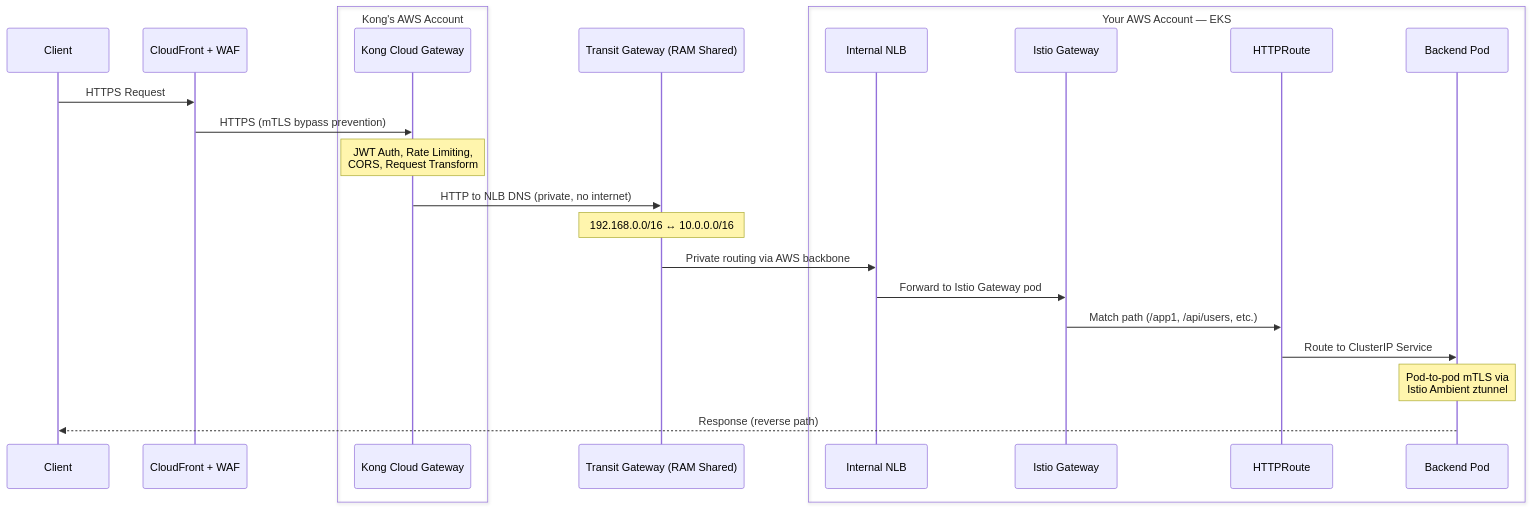
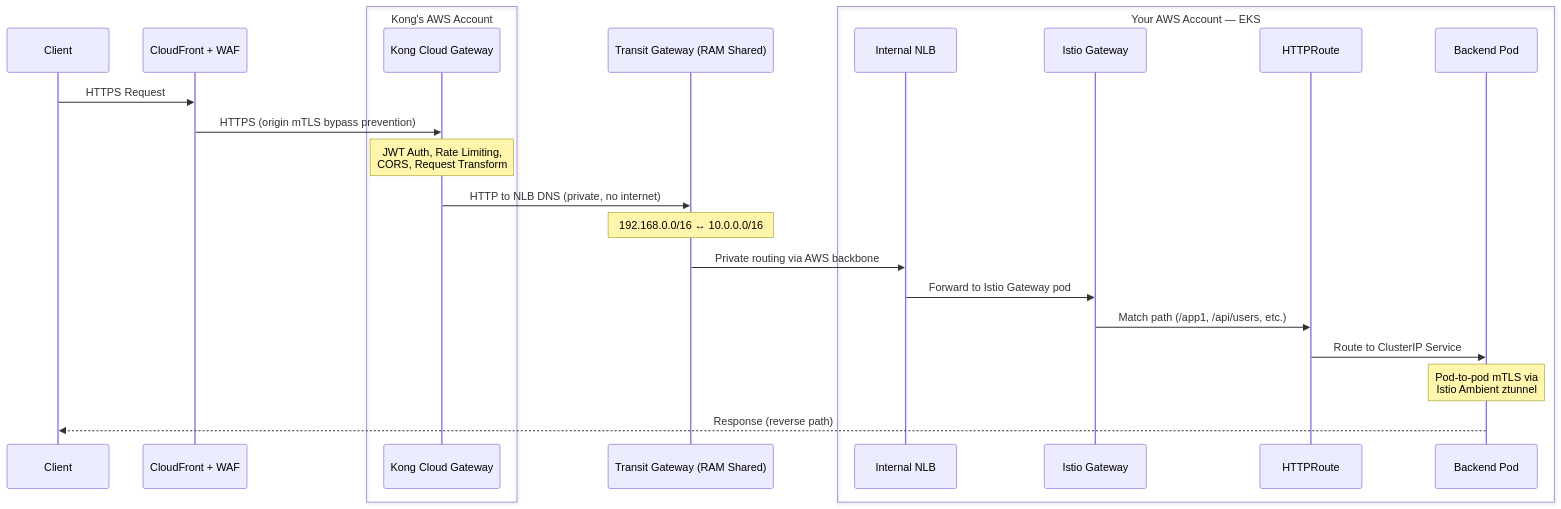
One commit to shanaka-versent/Kong-Konnect-Cloud-Gateway-on-EKS changed the second of 4 diagrams in README.md. Above: the diagram before and after it, drawn with Mermaid. The commit also changed other lines of this file and 1 other file, not shown here.

First line of the commit message:
Consolidate README with correct deployment flow

````diff
--- a/README.md
+++ b/README.md
@@ -72,27 +71,27 @@
 ```mermaid
 sequenceDiagram
     participant C as Client
     participant CF as CloudFront + WAF
     box Kong's AWS Account
         participant K as Kong Cloud Gateway
     end
     participant TGW as Transit Gateway (RAM Shared)
     box Your AWS Account — EKS
         participant NLB as Internal NLB
         participant IG as Istio Gateway
         participant HR as HTTPRoute
         participant P as Backend Pod
     end
 
     C->>CF: HTTPS Request
-    CF->>K: HTTPS (mTLS bypass prevention)
+    CF->>K: HTTPS (origin mTLS bypass prevention)
     Note over K: JWT Auth, Rate Limiting,<br/>CORS, Request Transform
     K->>TGW: HTTP to NLB DNS (private, no internet)
     Note over TGW: 192.168.0.0/16 ↔ 10.0.0.0/16
     TGW->>NLB: Private routing via AWS backbone
     NLB->>IG: Forward to Istio Gateway pod
     IG->>HR: Match path (/app1, /api/users, etc.)
     HR->>P: Route to ClusterIP Service
     Note over P: Pod-to-pod mTLS via<br/>Istio Ambient ztunnel
     P-->>C: Response (reverse path)
 ```
````
